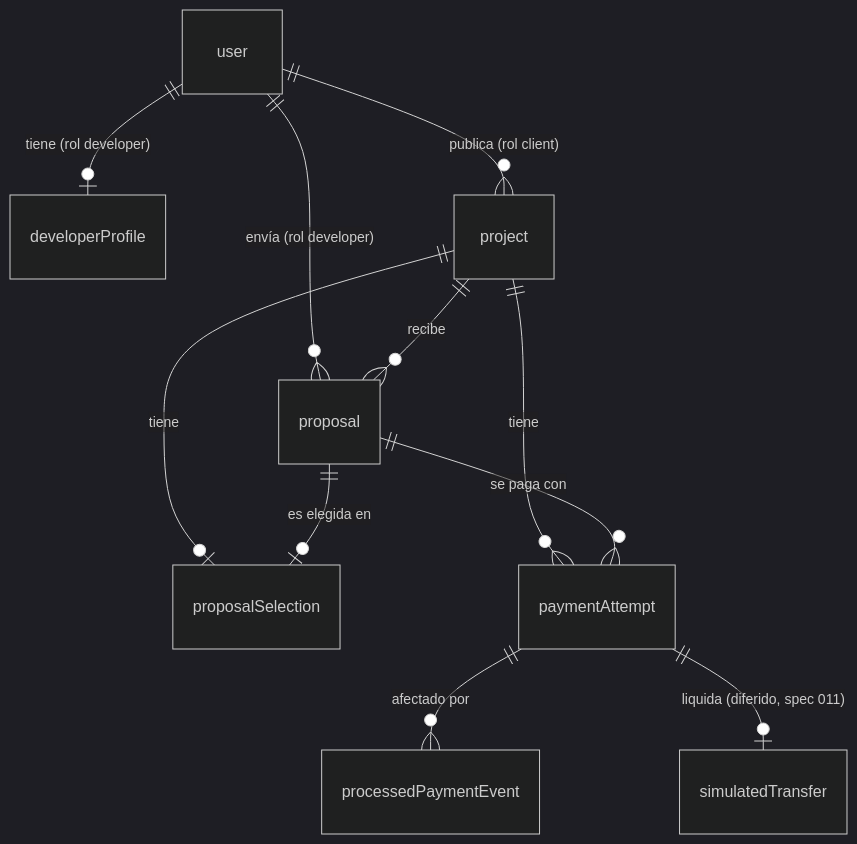
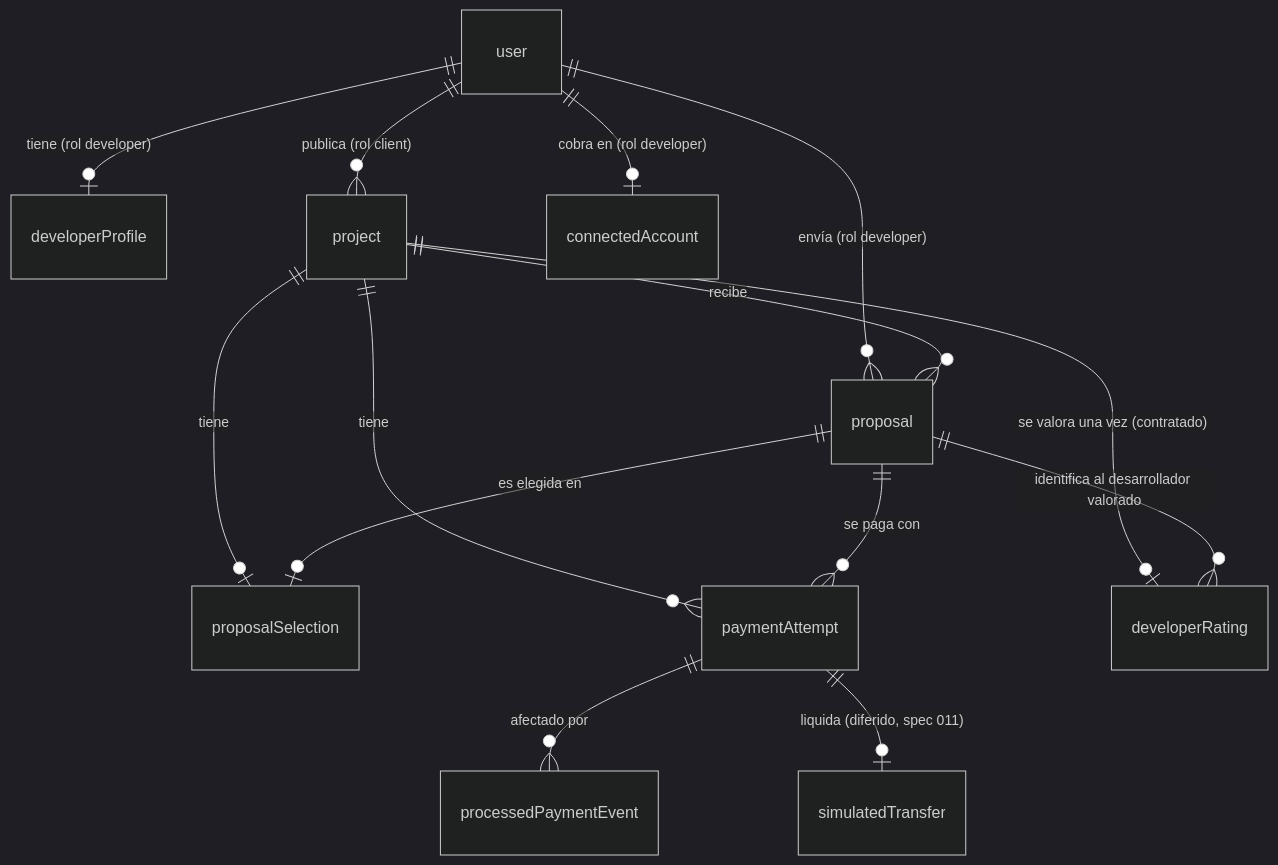
The diagram in docs/architecture/system-design.md (haroldmip89-sys/nexora-app), drawn with Mermaid (dark theme) before and after one commit. The commit also changed other lines of this file and 165 other files, not shown here.

First line of the commit message:
feat: add rating schema and validation tests

````diff
--- a/docs/architecture/system-design.md
+++ b/docs/architecture/system-design.md
@@ -51,13 +53,16 @@
 ```mermaid
 erDiagram
     user ||--o| developerProfile : "tiene (rol developer)"
     user ||--o{ project : "publica (rol client)"
     user ||--o{ proposal : "envía (rol developer)"
     project ||--o{ proposal : "recibe"
     project ||--o| proposalSelection : "tiene"
     proposal ||--o| proposalSelection : "es elegida en"
     project ||--o{ paymentAttempt : "tiene"
     proposal ||--o{ paymentAttempt : "se paga con"
     paymentAttempt ||--o{ processedPaymentEvent : "afectado por"
     paymentAttempt ||--o| simulatedTransfer : "liquida (diferido, spec 011)"
+    user ||--o| connectedAccount : "cobra en (rol developer)"
+    project ||--o| developerRating : "se valora una vez (contratado)"
+    proposal ||--o{ developerRating : "identifica al desarrollador valorado"
 ```
````
